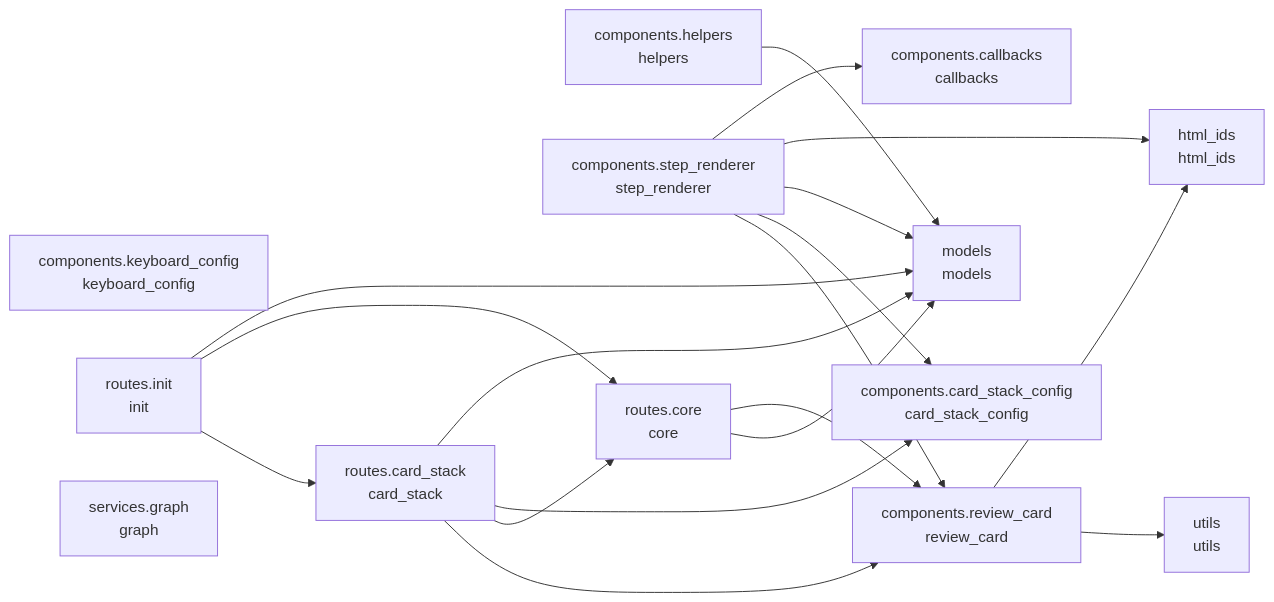
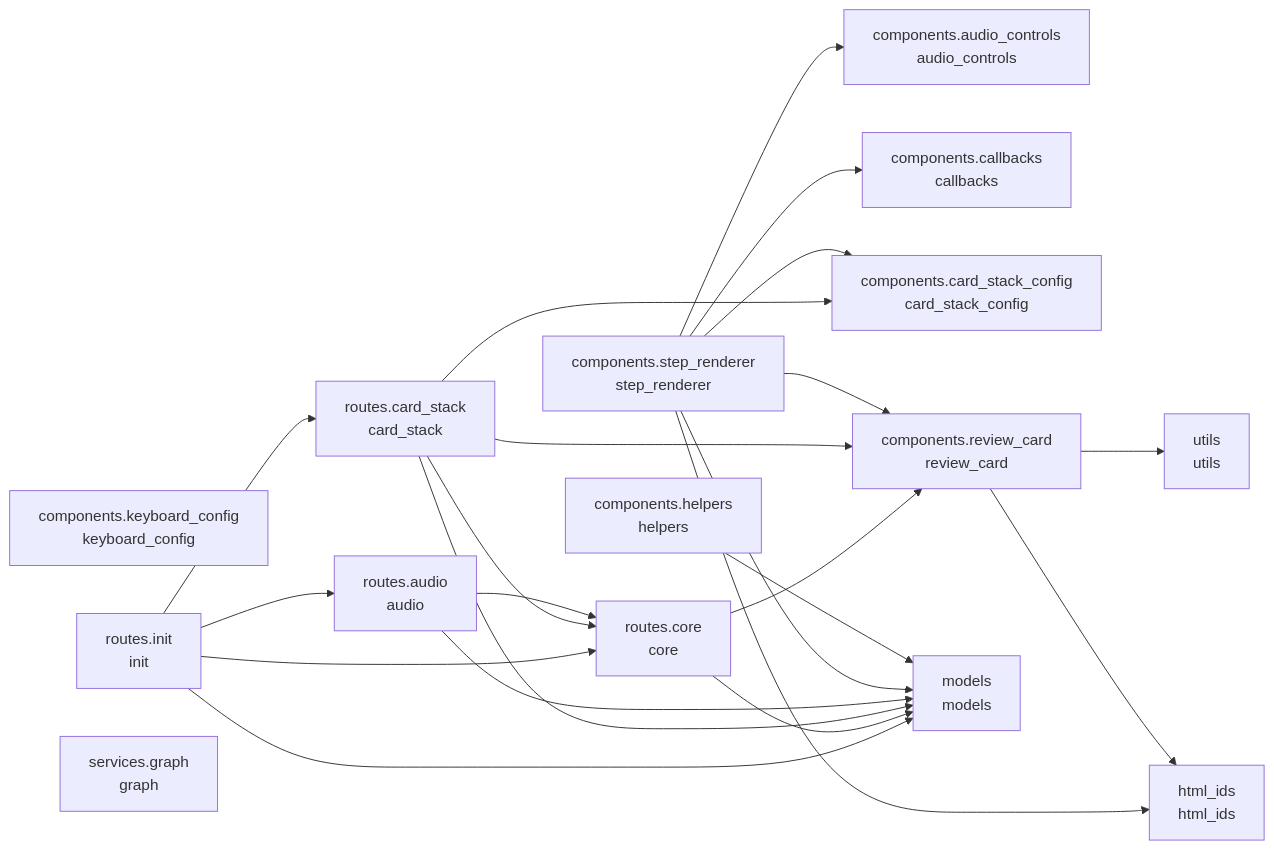
The diagram in README.md (cj-mills/cjm-transcript-review), drawn with Mermaid before and after one commit. The commit also changed other lines of this file and 19 other files, not shown here.

Commit message:
Phase 4: Add enhanced audio controls (speed selector, auto-navigate toggle, Space replay).

````diff
--- a/README.md
+++ b/README.md
@@ -36,34 +38,40 @@
 ``` mermaid
 graph LR
+    components_audio_controls[components.audio_controls<br/>audio_controls]
     components_callbacks[components.callbacks<br/>callbacks]
     components_card_stack_config[components.card_stack_config<br/>card_stack_config]
     components_helpers[components.helpers<br/>helpers]
     components_keyboard_config[components.keyboard_config<br/>keyboard_config]
     components_review_card[components.review_card<br/>review_card]
     components_step_renderer[components.step_renderer<br/>step_renderer]
     html_ids[html_ids<br/>html_ids]
     models[models<br/>models]
+    routes_audio[routes.audio<br/>audio]
     routes_card_stack[routes.card_stack<br/>card_stack]
     routes_core[routes.core<br/>core]
     routes_init[routes.init<br/>init]
     services_graph[services.graph<br/>graph]
     utils[utils<br/>utils]
 
     components_helpers --> models
     components_review_card --> utils
     components_review_card --> html_ids
+    components_step_renderer --> components_card_stack_config
+    components_step_renderer --> components_callbacks
+    components_step_renderer --> components_audio_controls
     components_step_renderer --> components_review_card
-    components_step_renderer --> components_card_stack_config
     components_step_renderer --> models
     components_step_renderer --> html_ids
-    components_step_renderer --> components_callbacks
-    routes_card_stack --> components_review_card
+    routes_audio --> routes_core
+    routes_audio --> models
     routes_card_stack --> routes_core
     routes_card_stack --> components_card_stack_config
+    routes_card_stack --> components_review_card
     routes_card_stack --> models
+    routes_core --> components_review_card
     routes_core --> models
-    routes_core --> components_review_card
-    routes_init --> routes_card_stack
+    routes_init --> routes_audio
     routes_init --> routes_core
     routes_init --> models
+    routes_init --> routes_card_stack
 ```
````
